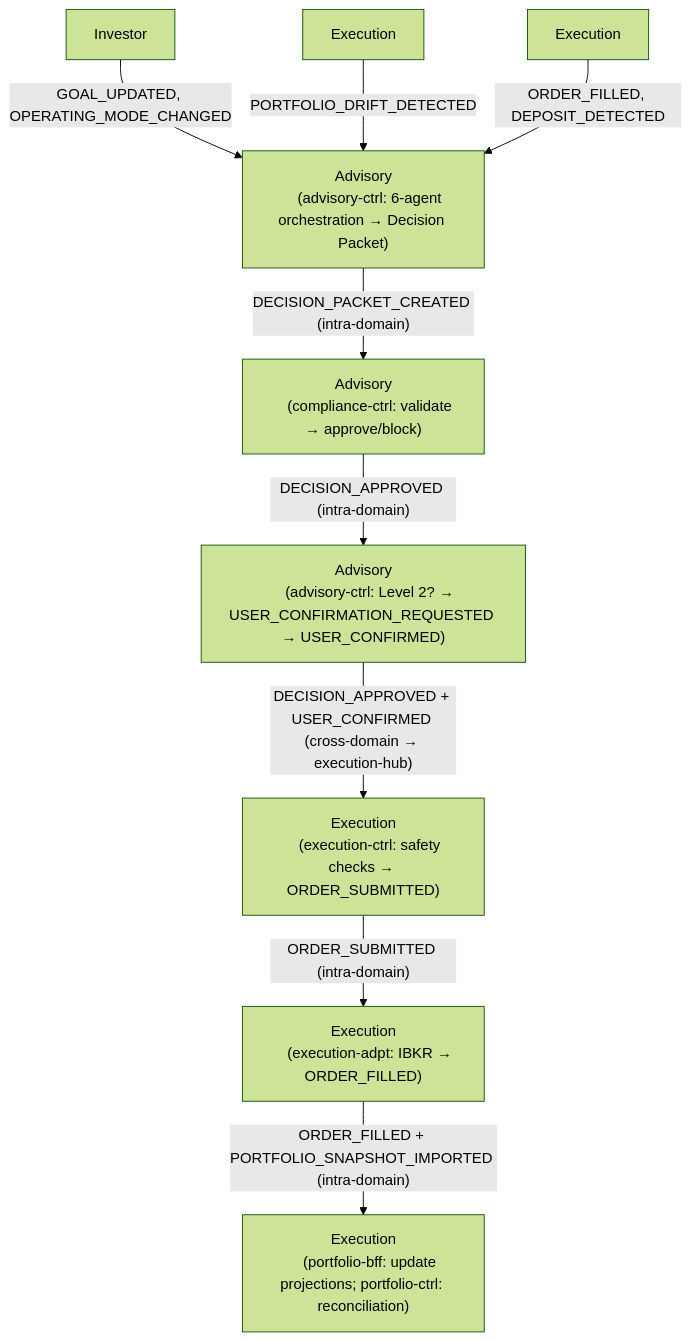
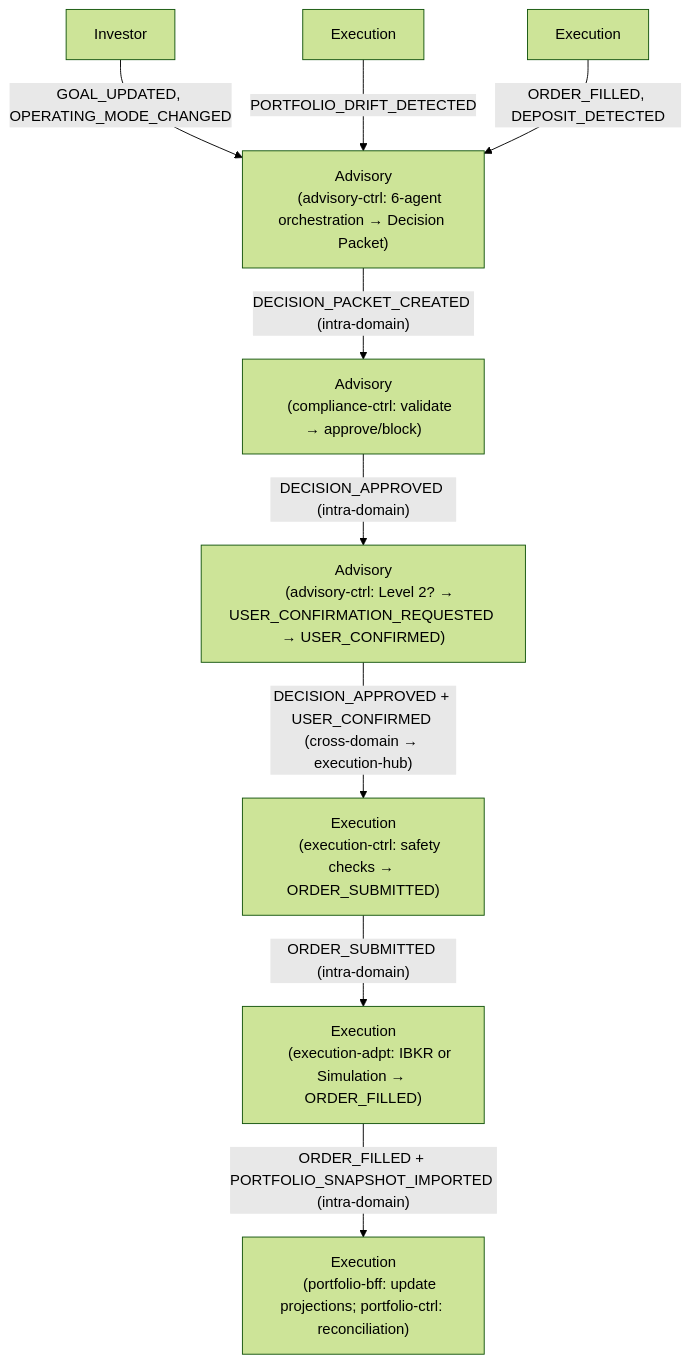
One commit to fabio-vitali/nestfolio changed the first of 10 diagrams in specifications/04-service-decomposition/event-flows.md. Above: the diagram before and after it, drawn with Mermaid (forest theme). The commit also changed other lines of this file and 17 other files, not shown here.

````diff
--- a/specifications/04-service-decomposition/event-flows.md
+++ b/specifications/04-service-decomposition/event-flows.md
@@ -54,19 +54,19 @@
 ```mermaid
 flowchart TD
     INV["Investor"] -->|"GOAL_UPDATED, OPERATING_MODE_CHANGED"| ADV
     EX1["Execution"] -->|PORTFOLIO_DRIFT_DETECTED| ADV
     EX2["Execution"] -->|"ORDER_FILLED, DEPOSIT_DETECTED"| ADV
 
     ADV["Advisory
     (advisory-ctrl: 6-agent orchestration → Decision Packet)"]
     ADV -->|"DECISION_PACKET_CREATED (intra-domain)"| COMP["Advisory
     (compliance-ctrl: validate → approve/block)"]
     COMP -->|"DECISION_APPROVED (intra-domain)"| L2["Advisory
     (advisory-ctrl: Level 2? → USER_CONFIRMATION_REQUESTED → USER_CONFIRMED)"]
     L2 -->|"DECISION_APPROVED + USER_CONFIRMED (cross-domain → execution-hub)"| EXEC["Execution
     (execution-ctrl: safety checks → ORDER_SUBMITTED)"]
     EXEC -->|"ORDER_SUBMITTED (intra-domain)"| ADPT["Execution
-    (execution-adpt: IBKR → ORDER_FILLED)"]
+    (execution-adpt: IBKR or Simulation → ORDER_FILLED)"]
     ADPT -->|"ORDER_FILLED + PORTFOLIO_SNAPSHOT_IMPORTED (intra-domain)"| PROJ["Execution
     (portfolio-bff: update projections; portfolio-ctrl: reconciliation)"]
 ```
````
